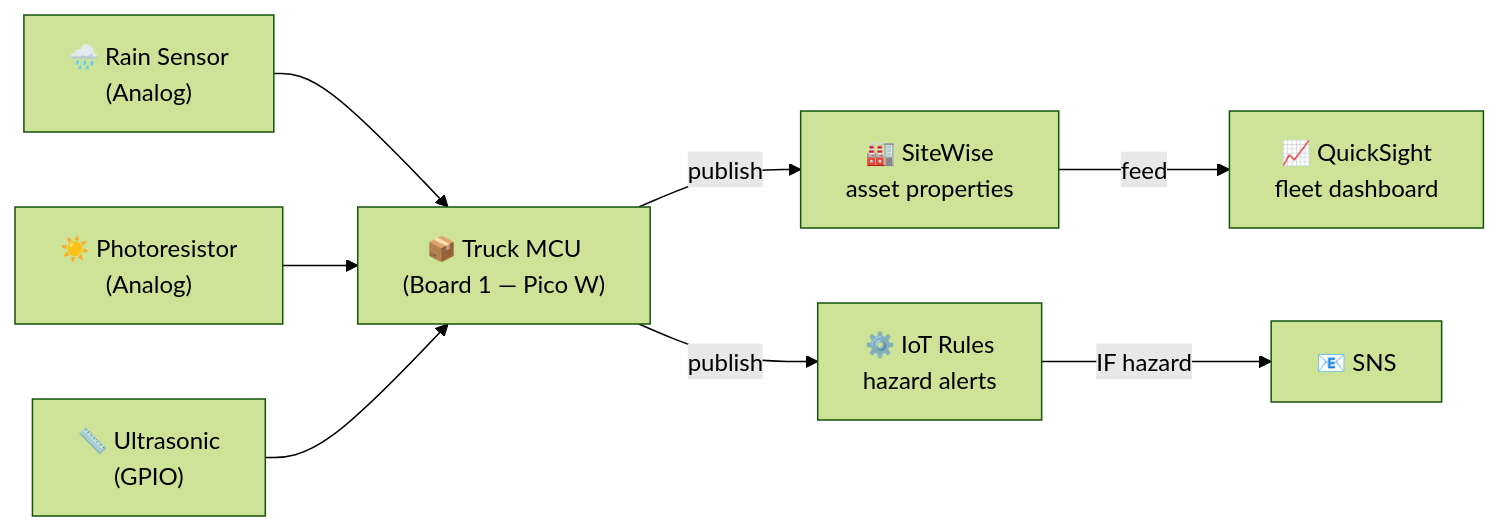
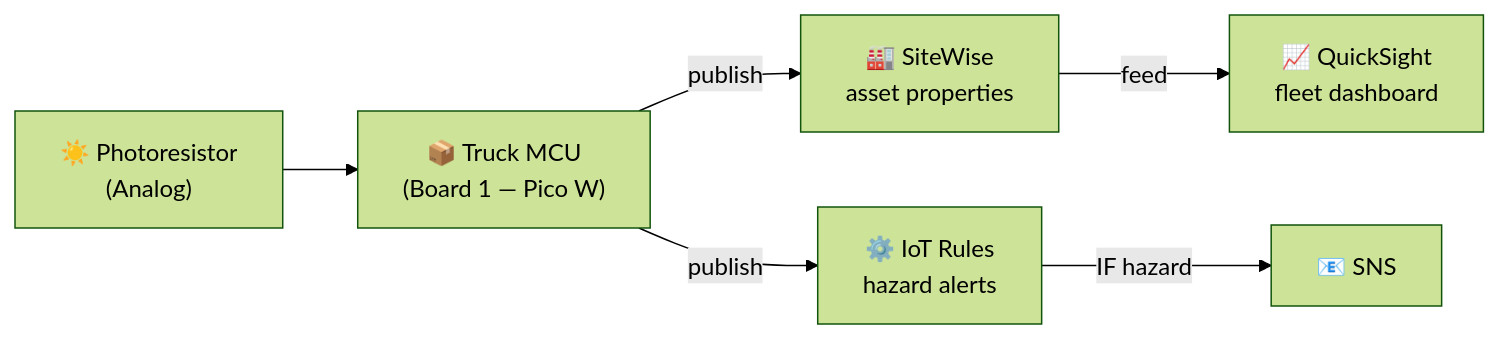
The sixth of 7 diagrams in docs/electronics/09.md (prgrobots/Iot2_new), drawn with Mermaid (forest theme) before and after one commit. The commit also changed other lines of this file and 4 other files, not shown here.

First line of the commit message:
Remove non-existent sensors: RTC, MQ-2, rain sensor

````diff
--- a/docs/electronics/09.md
+++ b/docs/electronics/09.md
@@ -249,23 +239,19 @@
 ```mermaid
 graph LR
-    Rain["🌧️ Rain Sensor<br/>(Analog)"]
     Light["☀️ Photoresistor<br/>(Analog)"]
-    Distance["📏 Ultrasonic<br/>(GPIO)"]
     
     Board1["📦 Truck MCU<br/>(Board 1 — Pico W)"]
     
     SW["🏭 SiteWise<br/>asset properties"]
     QS["📈 QuickSight<br/>fleet dashboard"]
     Rules["⚙️ IoT Rules<br/>hazard alerts"]
     SNS["📧 SNS"]
     
-    Rain --> Board1
     Light --> Board1
-    Distance --> Board1
     
     Board1 -->|publish| SW
     Board1 -->|publish| Rules
     
     SW -->|feed| QS
     Rules -->|IF hazard| SNS
 ```
````
